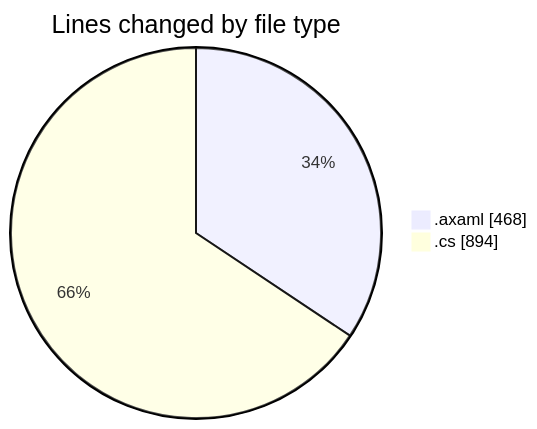
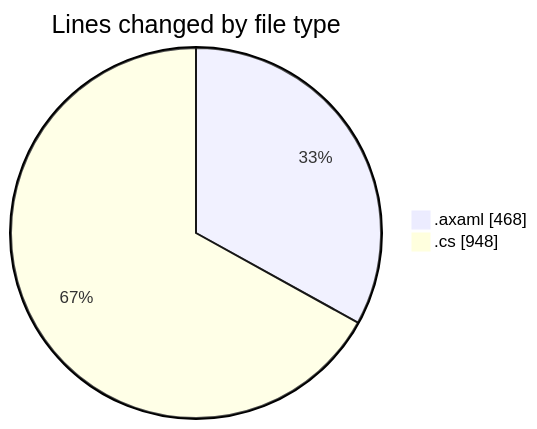
The first of 2 diagrams in 2025-11-01/skintrack/README.md (Netris89/code-tracking), drawn with Mermaid before and after one commit. The commit also changed other lines of this file and 1 other file, not shown here.

````diff
--- a/2025-11-01/skintrack/README.md
+++ b/2025-11-01/skintrack/README.md
@@ -26,6 +26,6 @@
 ```mermaid
 pie showData
 title Lines changed by file type
 ".axaml" : 468
-".cs" : 894
+".cs" : 948
 ```
````
